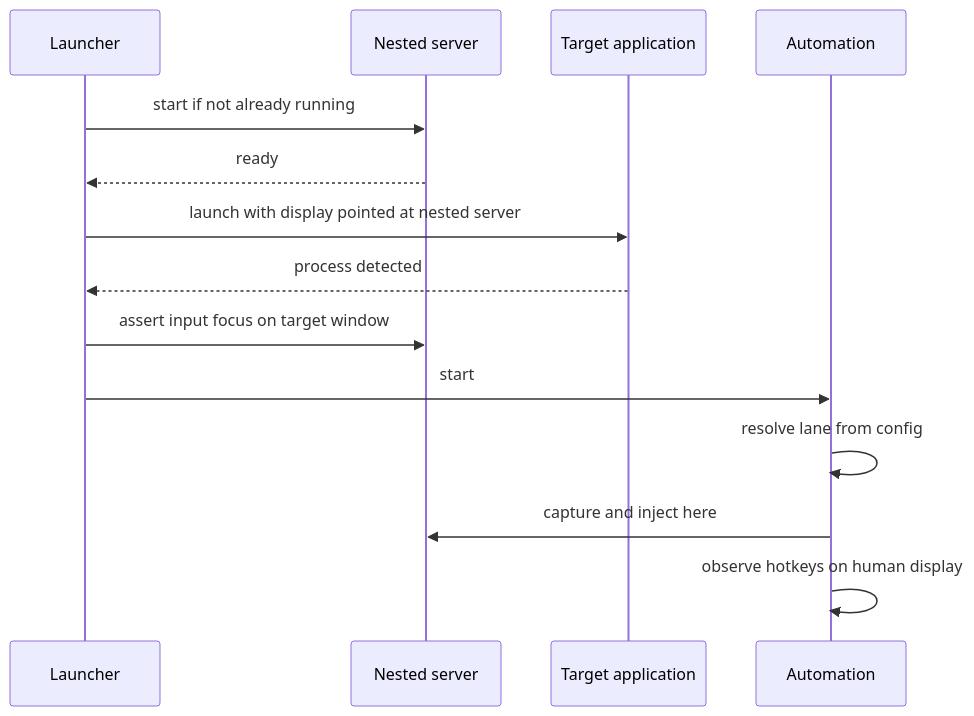
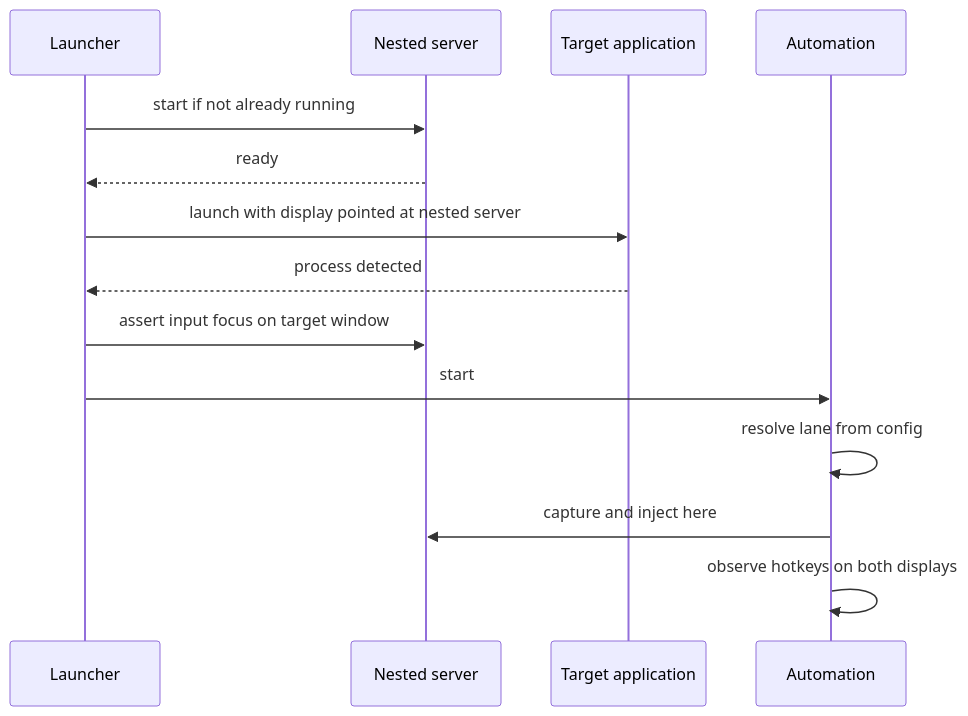
Before and after one commit to mhouse1/wingman: the third of 3 diagrams in docs/hldd/009-nested-display-isolation-hldd.md, drawn with Mermaid. The commit also changed other lines of this file and 21 other files, not shown here.

````diff
--- a/docs/hldd/009-nested-display-isolation-hldd.md
+++ b/docs/hldd/009-nested-display-isolation-hldd.md
@@ -180,16 +208,16 @@
 ```mermaid
 sequenceDiagram
   participant L as Launcher
   participant S as Nested server
   participant G as Target application
   participant A as Automation
   L->>S: start if not already running
   S-->>L: ready
   L->>G: launch with display pointed at nested server
   G-->>L: process detected
   L->>S: assert input focus on target window
   L->>A: start
   A->>A: resolve lane from config
   A->>S: capture and inject here
-  A->>A: observe hotkeys on human display
+  A->>A: observe hotkeys on both displays
 ```
````
